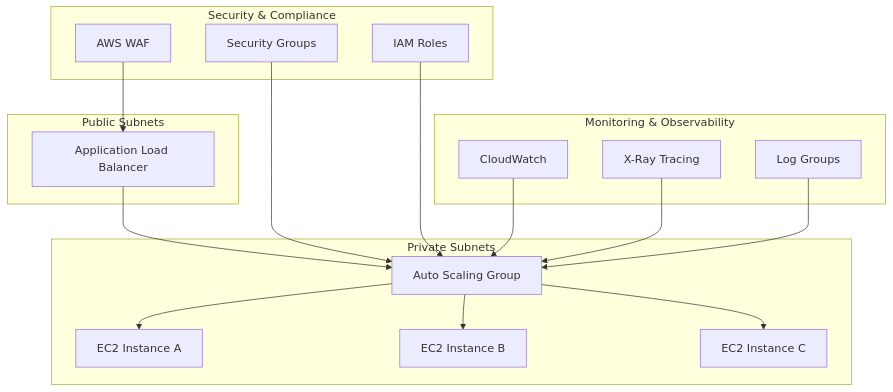
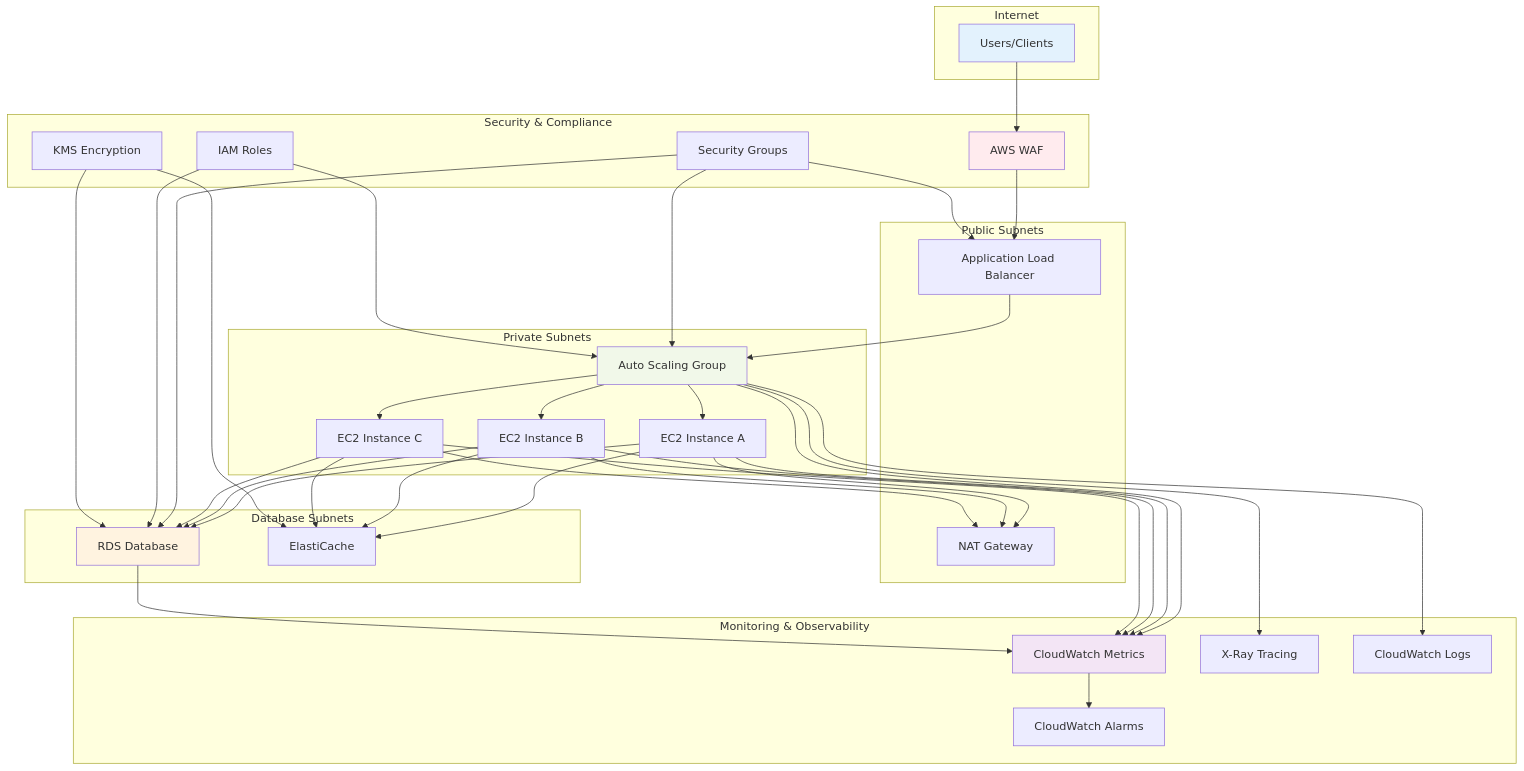
Before and after one commit to simondbrooke/terraform-training-jamfpro: the seventh of 7 diagrams in training_materials/terraform/module_19_publishing_and_advanced_module_patterns.md, drawn with Mermaid. The commit also changed other lines of this file and 1 other file, not shown here.

Commit message:
added diagrams to module 19

````diff
--- a/training_materials/terraform/module_19_publishing_and_advanced_module_patterns.md
+++ b/training_materials/terraform/module_19_publishing_and_advanced_module_patterns.md
@@ -2118,7 +2473,12 @@
 ```mermaid
 graph TB
+    subgraph "Internet"
+        USERS[Users/Clients]
+    end
+    
     subgraph "Public Subnets"
         ALB[Application Load Balancer]
+        NAT[NAT Gateway]
     end
     
     subgraph "Private Subnets"
@@ -2128,26 +2488,68 @@
         EC2C[EC2 Instance C]
     end
     
+    subgraph "Database Subnets"
+        RDS[RDS Database]
+        CACHE[ElastiCache]
+    end
+    
     subgraph "Security & Compliance"
         WAF[AWS WAF]
         SG[Security Groups]
         IAM[IAM Roles]
+        KMS[KMS Encryption]
     end
     
     subgraph "Monitoring & Observability"
-        CW[CloudWatch]
+        CW[CloudWatch Metrics]
         XR[X-Ray Tracing]
-        LOG[Log Groups]
+        LOG[CloudWatch Logs]
+        ALARM[CloudWatch Alarms]
     end
     
+    %% User traffic flow
+    USERS --> WAF
+    WAF --> ALB
     ALB --> ASG
     ASG --> EC2A
     ASG --> EC2B
     ASG --> EC2C
-    WAF --> ALB
+    
+    %% Database connections
+    EC2A --> RDS
+    EC2B --> RDS
+    EC2C --> RDS
+    EC2A --> CACHE
+    EC2B --> CACHE
+    EC2C --> CACHE
+    
+    %% Security relationships
+    SG --> ALB
     SG --> ASG
+    SG --> RDS
     IAM --> ASG
-    CW --> ASG
-    XR --> ASG
-    LOG --> ASG
+    IAM --> RDS
+    KMS --> RDS
+    KMS --> CACHE
+    
+    %% Monitoring relationships
+    ASG --> CW
+    EC2A --> CW
+    EC2B --> CW
+    EC2C --> CW
+    RDS --> CW
+    ASG --> XR
+    ASG --> LOG
+    CW --> ALARM
+    
+    %% Internet access for private subnets
+    EC2A --> NAT
+    EC2B --> NAT
+    EC2C --> NAT
+    
+    style USERS fill:#e3f2fd
+    style WAF fill:#ffebee
+    style ASG fill:#f1f8e9
+    style RDS fill:#fff3e0
+    style CW fill:#f3e5f5
 ```
````
